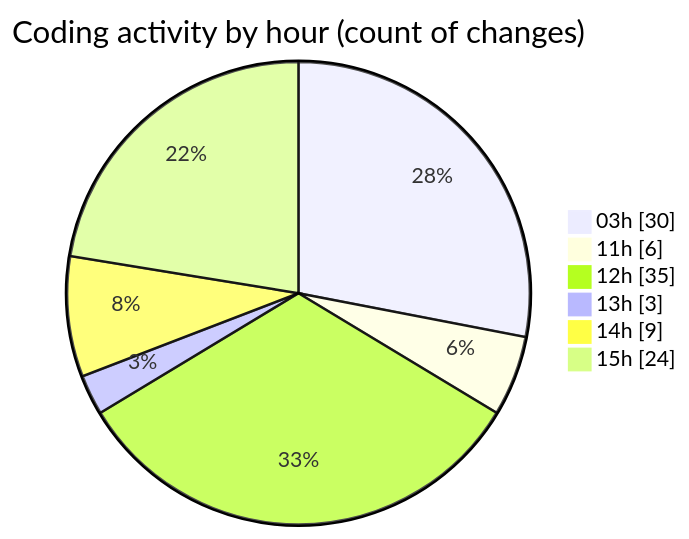
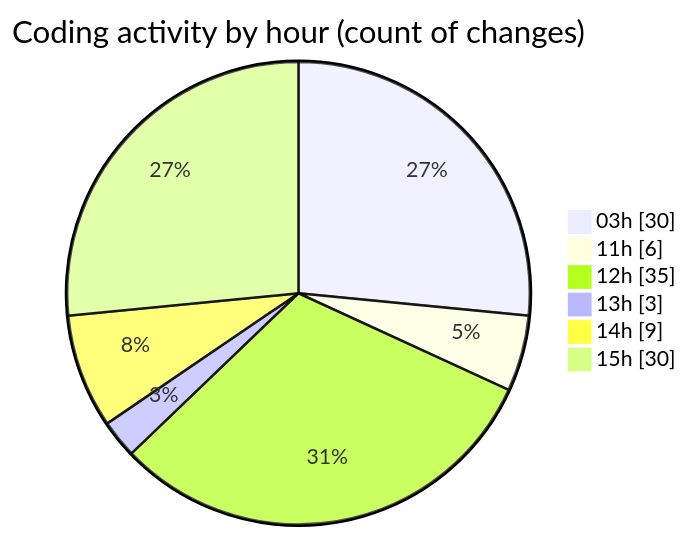
The second of 2 diagrams in 2025-09-13/napxuvn/README.md (lephambinh05/code-tracking), drawn with Mermaid before and after one commit. The commit also changed other lines of this file and 1 other file, not shown here.

````diff
--- a/2025-09-13/napxuvn/README.md
+++ b/2025-09-13/napxuvn/README.md
@@ -70,10 +71,10 @@
 ```mermaid
 pie showData
 title Coding activity by hour (count of changes)
 "03h" : 30
 "11h" : 6
 "12h" : 35
 "13h" : 3
 "14h" : 9
-"15h" : 24
+"15h" : 30
 ```
````
